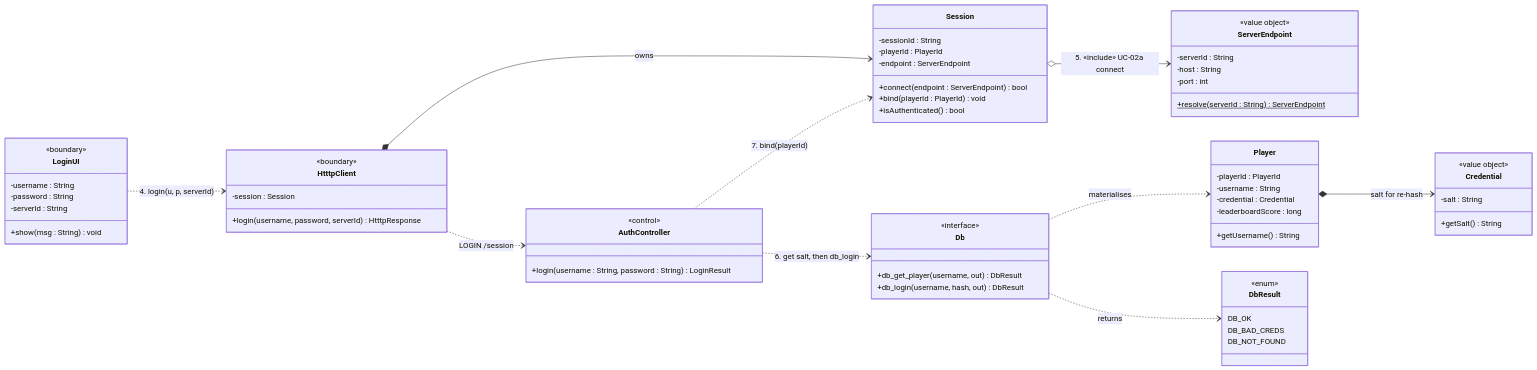
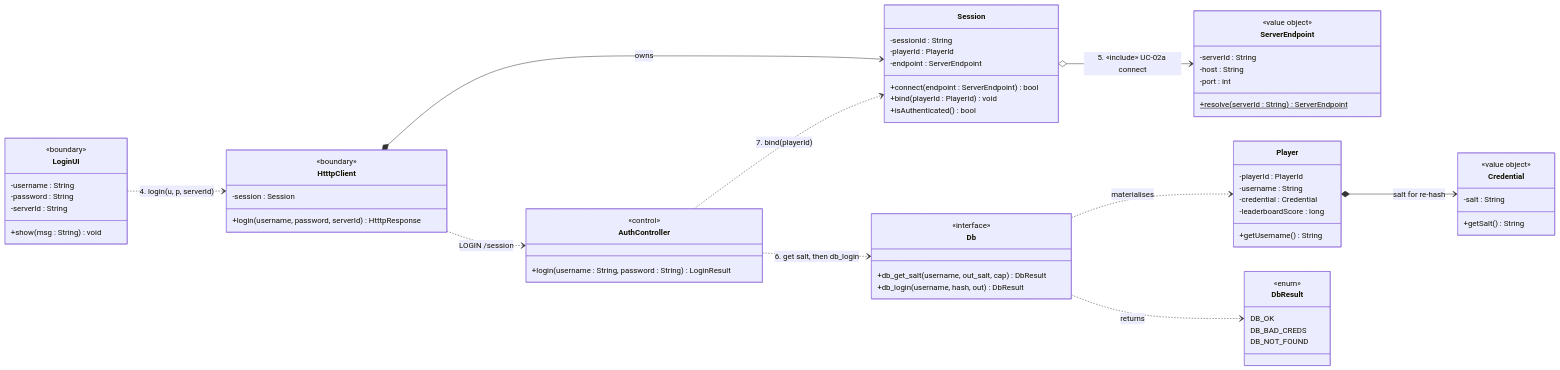
Before and after one commit to ziqiqiiii/tetriSH: the second of 21 diagrams in docs/diagrams/class_and_sequence_diagrams/cd_sd_uc01-uc09.md, drawn with Mermaid. The commit also changed other lines of this file and 9 other files, not shown here.

Commit message:
fix: add db_get_salt function for fetching player's salt and update related documentation

````diff
--- a/docs/diagrams/class_and_sequence_diagrams/cd_sd_uc01-uc09.md
+++ b/docs/diagrams/class_and_sequence_diagrams/cd_sd_uc01-uc09.md
@@ -97,69 +97,69 @@
 ```mermaid
 classDiagram
     direction LR
 
     class LoginUI {
         <<boundary>>
         -username : String
         -password : String
         -serverId : String
         +show(msg : String) void
     }
     class HtttpClient {
         <<boundary>>
         -session : Session
         +login(username, password, serverId) HtttpResponse
     }
     class Session {
         -sessionId : String
         -playerId : PlayerId
         -endpoint : ServerEndpoint
         +connect(endpoint : ServerEndpoint) bool
         +bind(playerId : PlayerId) void
         +isAuthenticated() bool
     }
     class ServerEndpoint {
         <<value object>>
         -serverId : String
         -host : String
         -port : int
         +resolve(serverId : String)$ ServerEndpoint
     }
     class AuthController {
         <<control>>
         +login(username : String, password : String) LoginResult
     }
     class Credential {
         <<value object>>
         -salt : String
         +getSalt() String
     }
     class Player {
         -playerId : PlayerId
         -username : String
         -credential : Credential
         -leaderboardScore : long
         +getUsername() String
     }
     class Db {
         <<interface>>
-        +db_get_player(username, out) DbResult
+        +db_get_salt(username, out_salt, cap) DbResult
         +db_login(username, hash, out) DbResult
     }
     class DbResult {
         <<enum>>
         DB_OK
         DB_BAD_CREDS
         DB_NOT_FOUND
     }
 
     LoginUI ..> HtttpClient : 4. login(u, p, serverId)
     HtttpClient *--> Session : owns
     Session o--> ServerEndpoint : 5. «include» UC-02a connect
     HtttpClient ..> AuthController : LOGIN /session
     AuthController ..> Db : 6. get salt, then db_login
     AuthController ..> Session : 7. bind(playerId)
     Db ..> DbResult : returns
     Db ..> Player : materialises
     Player *--> Credential : salt for re-hash
 ```
````
